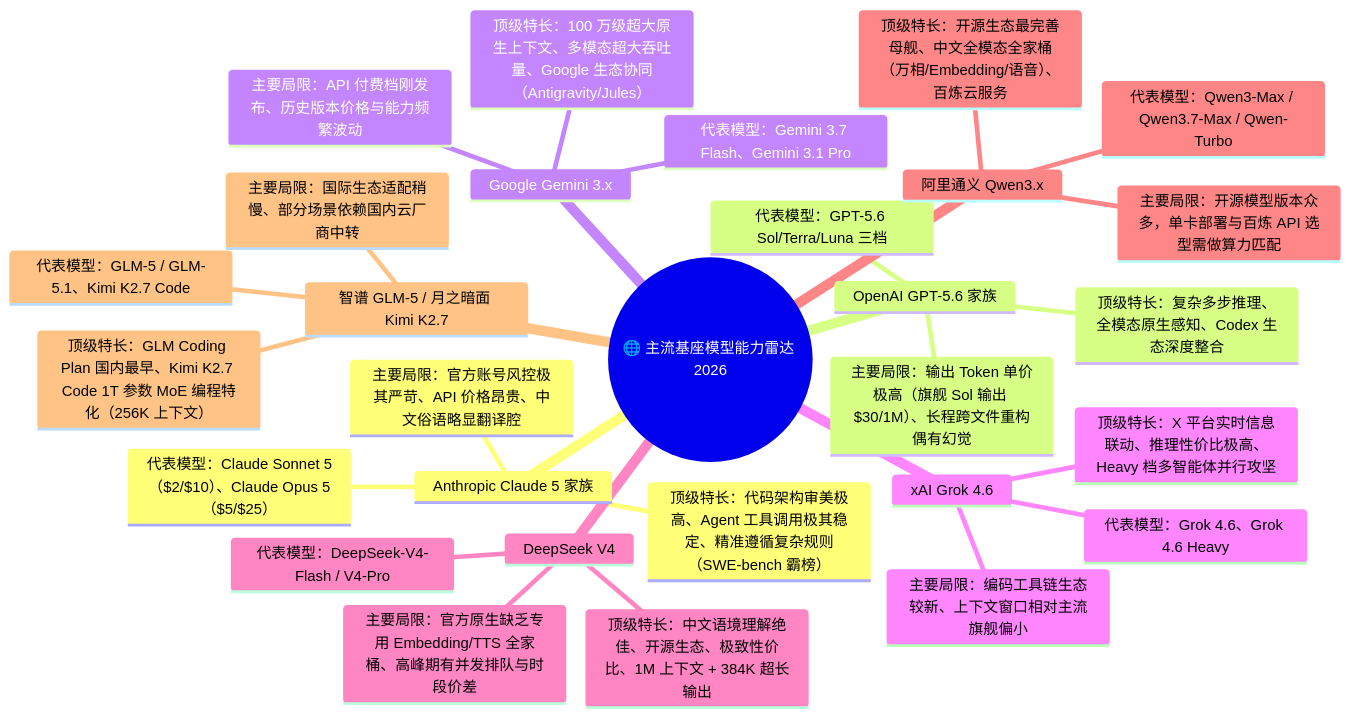
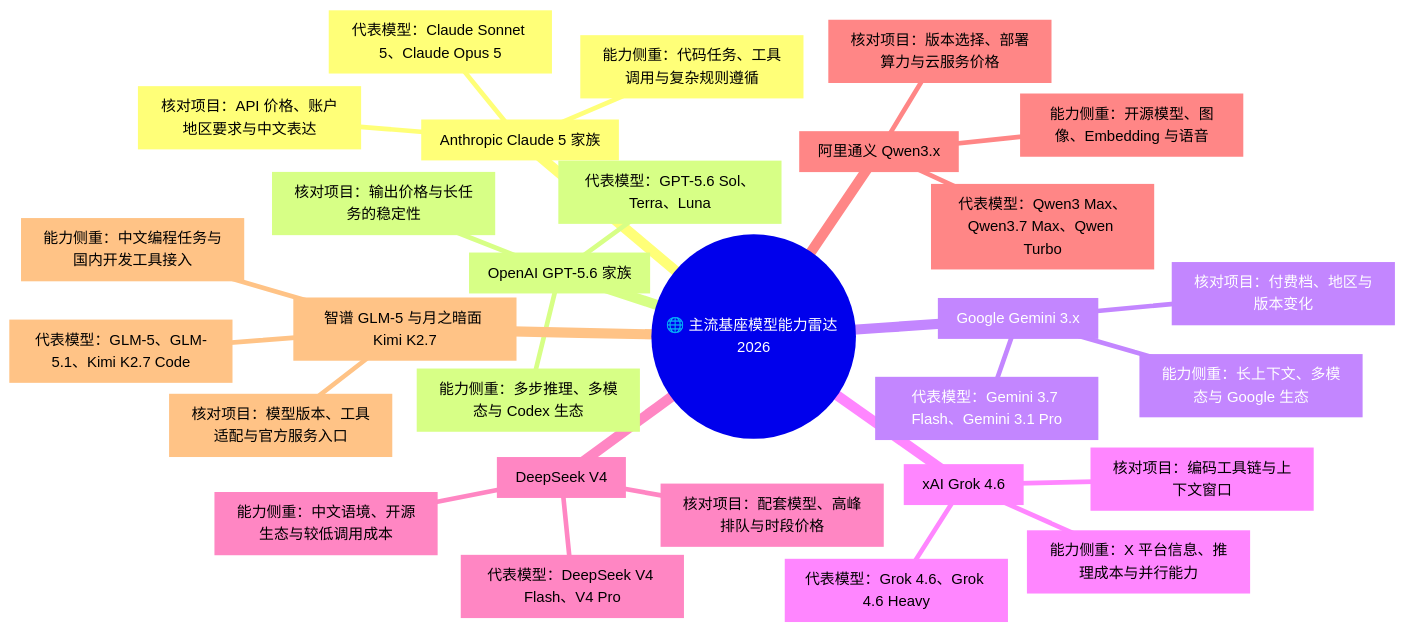
Before and after one commit to buffer121328/vibe-coding-and-agents: the third of 4 diagrams in 14_如何正确的使用agent工具/01_认清楚各个AI的界限.md, drawn with Mermaid. The commit also changed other lines of this file and 147 other files, not shown here.

````diff
--- a/14_如何正确的使用agent工具/01_认清楚各个AI的界限.md
+++ b/14_如何正确的使用agent工具/01_认清楚各个AI的界限.md
@@ -80,32 +79,32 @@
 ```mermaid
 mindmap
   root(("🌐 主流基座模型能力雷达 2026"))
-    Anthropic Claude 5 家族
-      顶级特长：代码架构审美极高、Agent 工具调用极其稳定、精准遵循复杂规则（SWE-bench 霸榜）
-      代表模型：Claude Sonnet 5（$2/$10）、Claude Opus 5（$5/$25）
-      主要局限：官方账号风控极其严苛、API 价格昂贵、中文俗语略显翻译腔
-    OpenAI GPT-5.6 家族
-      顶级特长：复杂多步推理、全模态原生感知、Codex 生态深度整合
-      代表模型：GPT-5.6 Sol/Terra/Luna 三档
-      主要局限：输出 Token 单价极高（旗舰 Sol 输出 $30/1M）、长程跨文件重构偶有幻觉
-    Google Gemini 3.x
-      顶级特长：100 万级超大原生上下文、多模态超大吞吐量、Google 生态协同（Antigravity/Jules）
-      代表模型：Gemini 3.7 Flash、Gemini 3.1 Pro
-      主要局限：API 付费档刚发布、历史版本价格与能力频繁波动
-    xAI Grok 4.6
-      顶级特长：X 平台实时信息联动、推理性价比极高、Heavy 档多智能体并行攻坚
-      代表模型：Grok 4.6、Grok 4.6 Heavy
-      主要局限：编码工具链生态较新、上下文窗口相对主流旗舰偏小
-    DeepSeek V4
-      顶级特长：中文语境理解绝佳、开源生态、极致性价比、1M 上下文 + 384K 超长输出
-      代表模型：DeepSeek-V4-Flash / V4-Pro
-      主要局限：官方原生缺乏专用 Embedding/TTS 全家桶、高峰期有并发排队与时段价差
-    阿里通义 Qwen3.x
-      顶级特长：开源生态最完善母舰、中文全模态全家桶（万相/Embedding/语音）、百炼云服务
-      代表模型：Qwen3-Max / Qwen3.7-Max / Qwen-Turbo
-      主要局限：开源模型版本众多，单卡部署与百炼 API 选型需做算力匹配
-    智谱 GLM-5 / 月之暗面 Kimi K2.7
-      顶级特长：GLM Coding Plan 国内最早、Kimi K2.7 Code 1T 参数 MoE 编程特化（256K 上下文）
-      代表模型：GLM-5 / GLM-5.1、Kimi K2.7 Code
-      主要局限：国际生态适配稍慢、部分场景依赖国内云厂商中转
+    claude["Anthropic Claude 5 家族"]
+      claude_focus["能力侧重：代码任务、工具调用与复杂规则遵循"]
+      claude_models["代表模型：Claude Sonnet 5、Claude Opus 5"]
+      claude_limits["核对项目：API 价格、账户地区要求与中文表达"]
+    openai["OpenAI GPT-5.6 家族"]
+      openai_focus["能力侧重：多步推理、多模态与 Codex 生态"]
+      openai_models["代表模型：GPT-5.6 Sol、Terra、Luna"]
+      openai_limits["核对项目：输出价格与长任务的稳定性"]
+    gemini["Google Gemini 3.x"]
+      gemini_focus["能力侧重：长上下文、多模态与 Google 生态"]
+      gemini_models["代表模型：Gemini 3.7 Flash、Gemini 3.1 Pro"]
+      gemini_limits["核对项目：付费档、地区与版本变化"]
+    grok["xAI Grok 4.6"]
+      grok_focus["能力侧重：X 平台信息、推理成本与并行能力"]
+      grok_models["代表模型：Grok 4.6、Grok 4.6 Heavy"]
+      grok_limits["核对项目：编码工具链与上下文窗口"]
+    deepseek["DeepSeek V4"]
+      deepseek_focus["能力侧重：中文语境、开源生态与较低调用成本"]
+      deepseek_models["代表模型：DeepSeek V4 Flash、V4 Pro"]
+      deepseek_limits["核对项目：配套模型、高峰排队与时段价格"]
+    qwen["阿里通义 Qwen3.x"]
+      qwen_focus["能力侧重：开源模型、图像、Embedding 与语音"]
+      qwen_models["代表模型：Qwen3 Max、Qwen3.7 Max、Qwen Turbo"]
+      qwen_limits["核对项目：版本选择、部署算力与云服务价格"]
+    cn_models["智谱 GLM-5 与月之暗面 Kimi K2.7"]
+      cn_focus["能力侧重：中文编程任务与国内开发工具接入"]
+      cn_examples["代表模型：GLM-5、GLM-5.1、Kimi K2.7 Code"]
+      cn_limits["核对项目：模型版本、工具适配与官方服务入口"]
 ```
````
